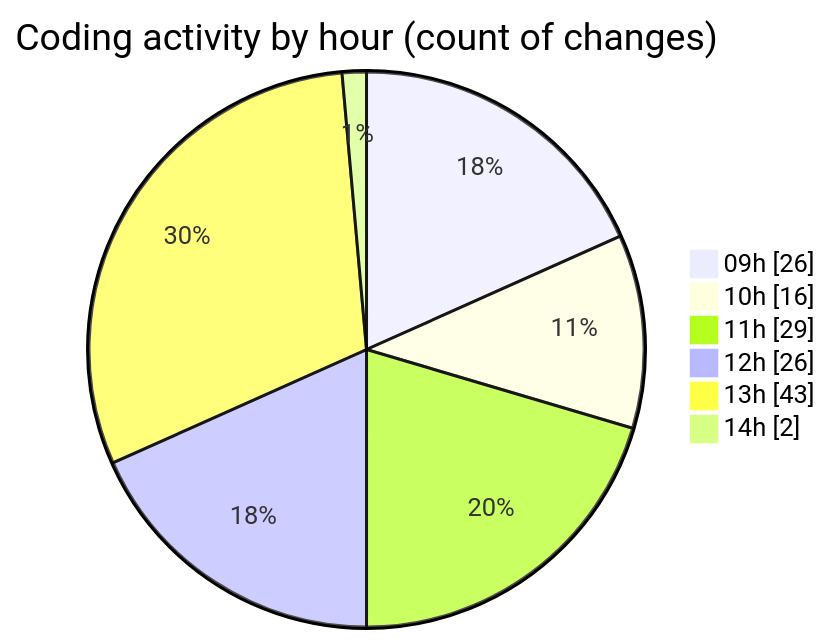
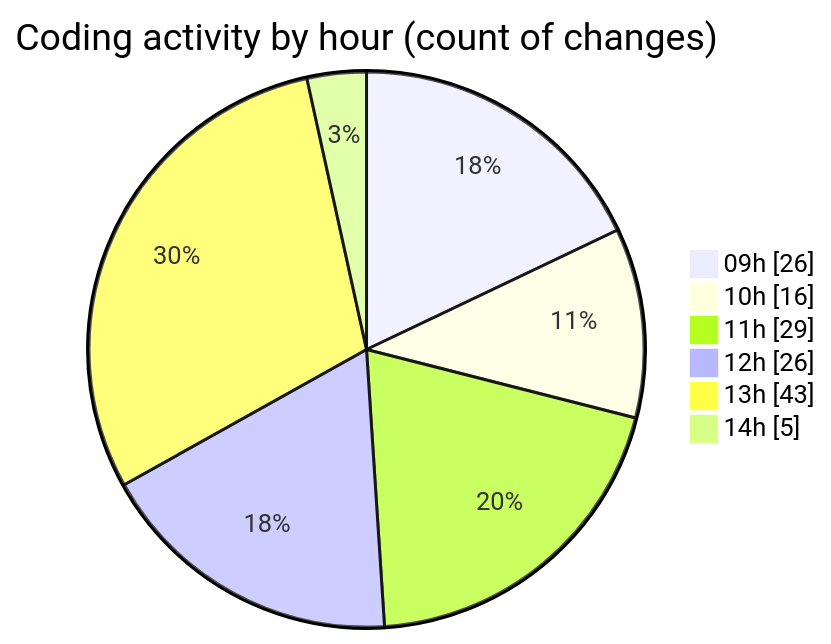
One commit to momahboobian/code-tracking changed the second of 2 diagrams in 2025-11-17/cda/README.md. Above: the diagram before and after it, drawn with Mermaid. The commit also changed other lines of this file and 1 other file, not shown here.

````diff
--- a/2025-11-17/cda/README.md
+++ b/2025-11-17/cda/README.md
@@ -39,10 +40,10 @@
 ```mermaid
 pie showData
 title Coding activity by hour (count of changes)
 "09h" : 26
 "10h" : 16
 "11h" : 29
 "12h" : 26
 "13h" : 43
-"14h" : 2
+"14h" : 5
 ```
````
